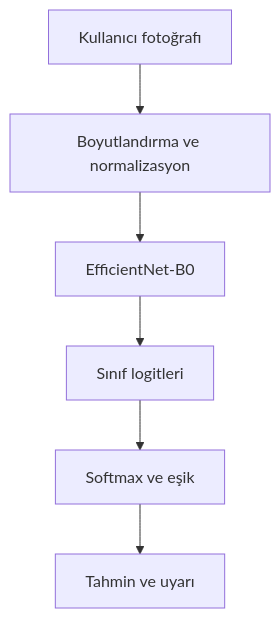
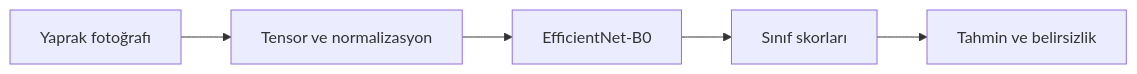
One commit to lhasanseker/yapay-zeka-nasil-calisir changed the fifth of 5 diagrams in README.md. Above: the diagram before and after it, drawn with Mermaid. The commit also changed other lines of this file and 2 other files, not shown here.

````diff
--- a/README.md
+++ b/README.md
@@ -1379,8 +424,7 @@
 ```mermaid
-flowchart TD
-    A["Kullanıcı fotoğrafı"] --> B["Boyutlandırma ve normalizasyon"]
+flowchart LR
+    A["Yaprak fotoğrafı"] --> B["Tensor ve normalizasyon"]
     B --> C["EfficientNet-B0"]
-    C --> D["Sınıf logitleri"]
-    D --> E["Softmax ve eşik"]
-    E --> F["Tahmin ve uyarı"]
+    C --> D["Sınıf skorları"]
+    D --> E["Tahmin ve belirsizlik"]
 ```
````
